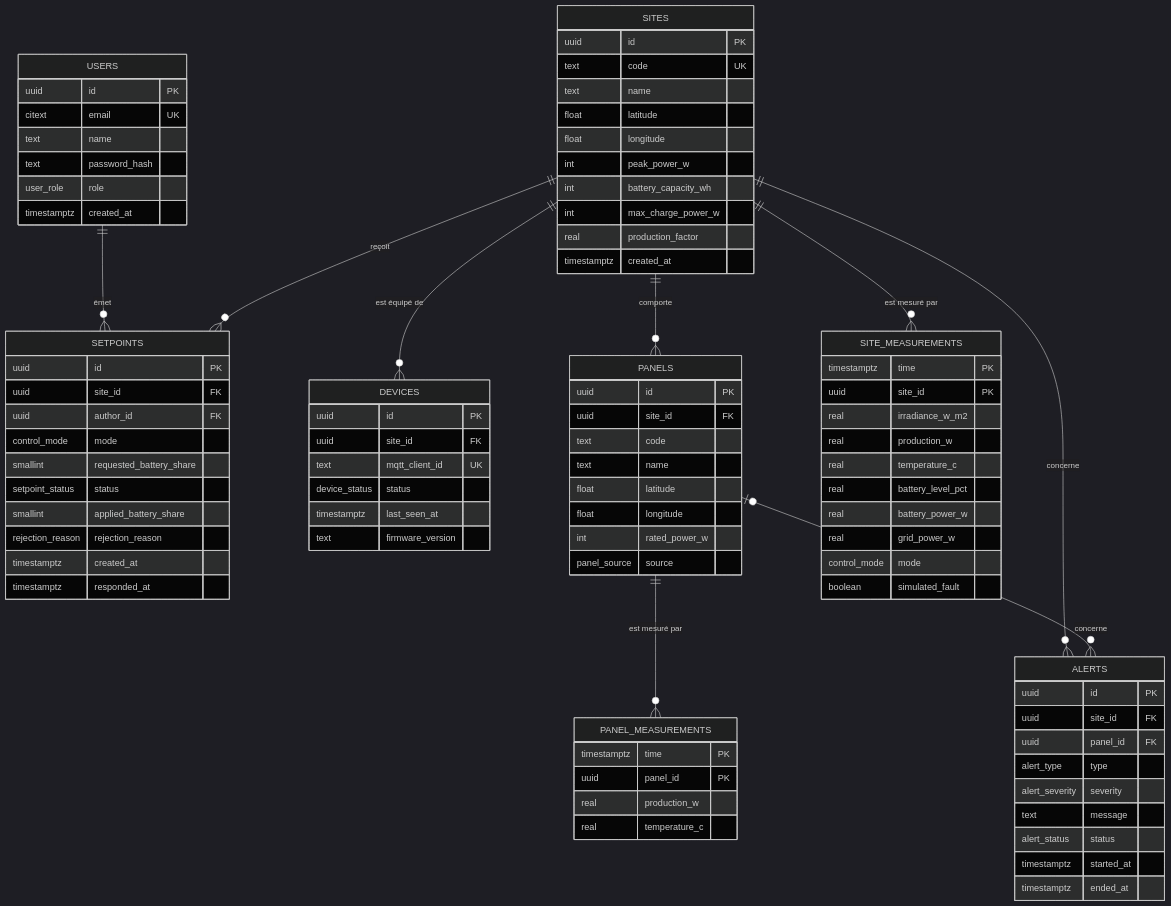
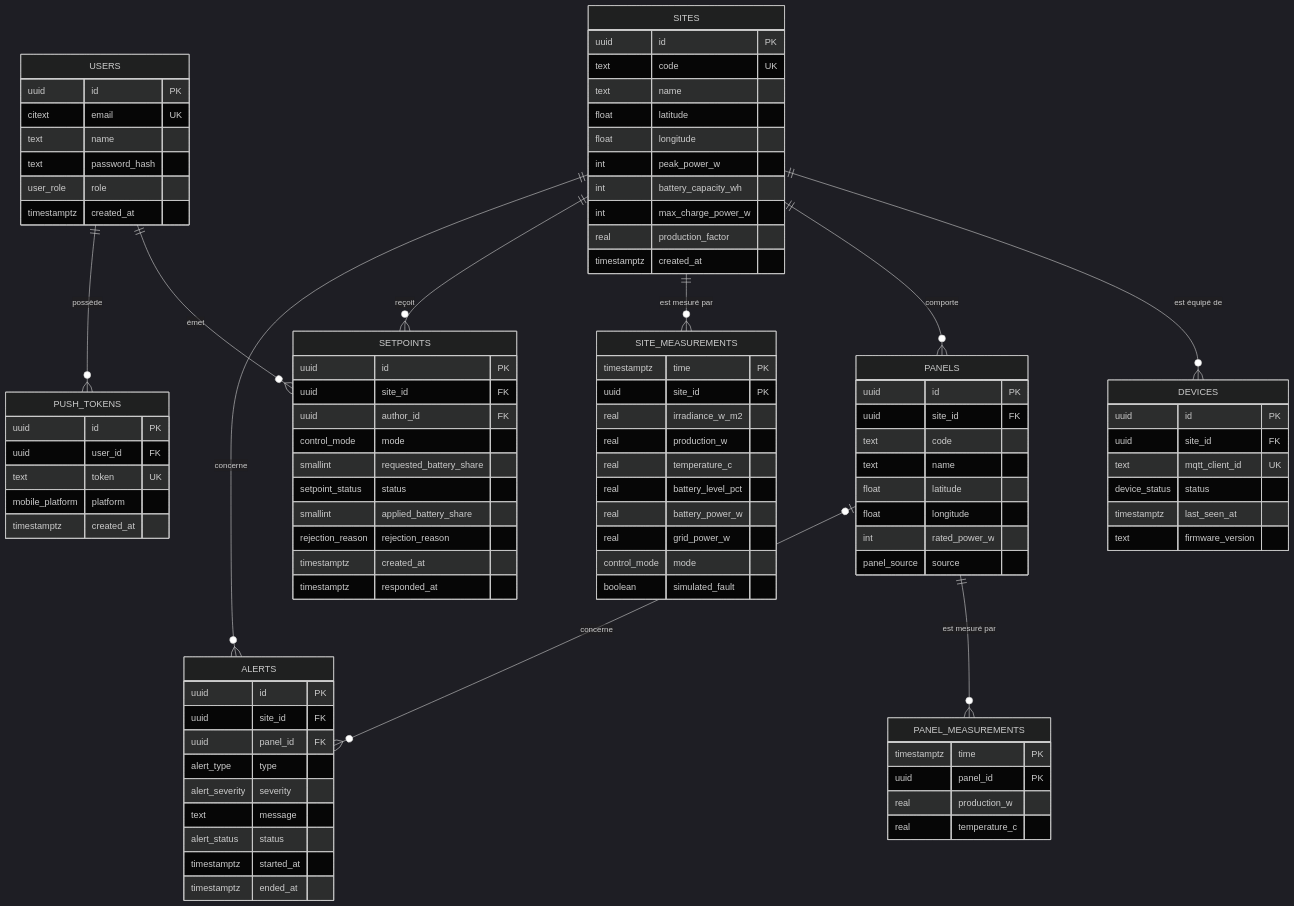
One commit to SamuelLnds/proj-app-mobile-co changed the diagram in docs/conception/01-modele-donnees.md. Above: the diagram before and after it, drawn with Mermaid (dark theme). The commit also changed other lines of this file and 59 other files, not shown here.

````diff
--- a/docs/conception/01-modele-donnees.md
+++ b/docs/conception/01-modele-donnees.md
@@ -45,6 +46,7 @@
 ```mermaid
 erDiagram
   USERS ||--o{ SETPOINTS : "émet"
+  USERS ||--o{ PUSH_TOKENS : "possède"
   SITES ||--o{ DEVICES : "est équipé de"
   SITES ||--o{ PANELS : "comporte"
   SITES ||--o{ SITE_MEASUREMENTS : "est mesuré par"
@@ -59,6 +61,13 @@
     text name
     text password_hash
     user_role role
+    timestamptz created_at
+  }
+  PUSH_TOKENS {
+    uuid id PK
+    uuid user_id FK
+    text token UK
+    mobile_platform platform
     timestamptz created_at
   }
   SITES {
````
